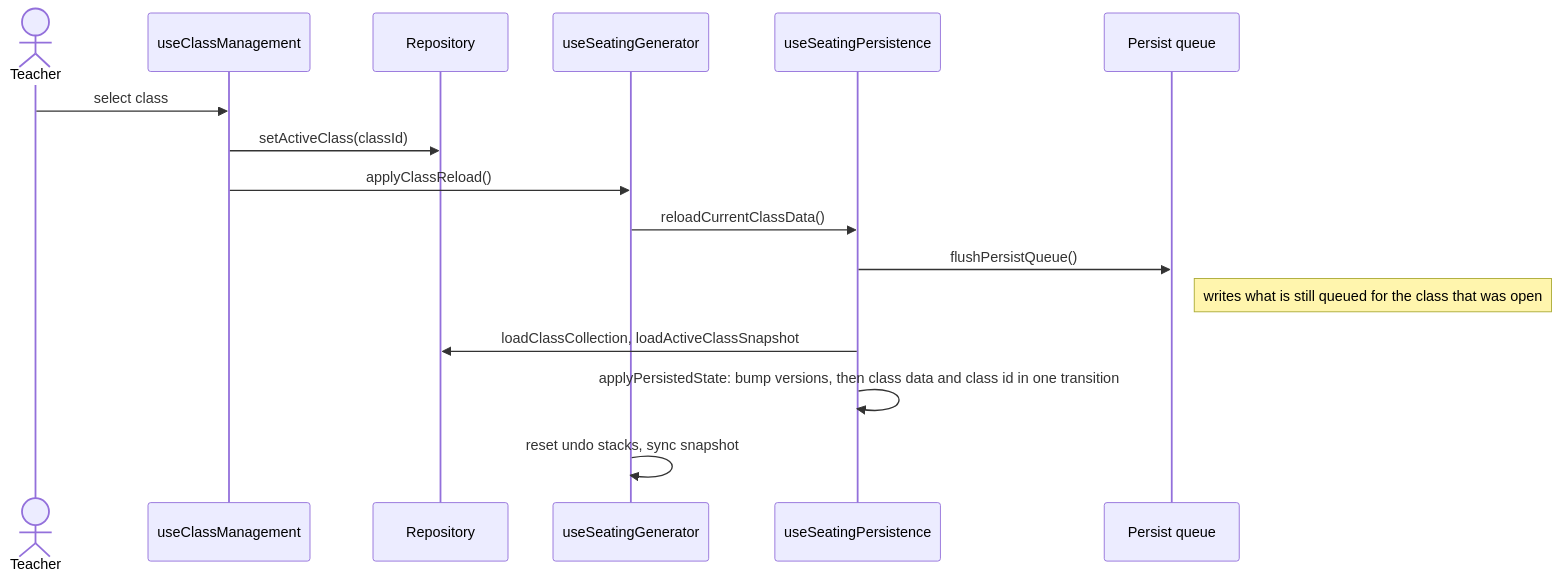
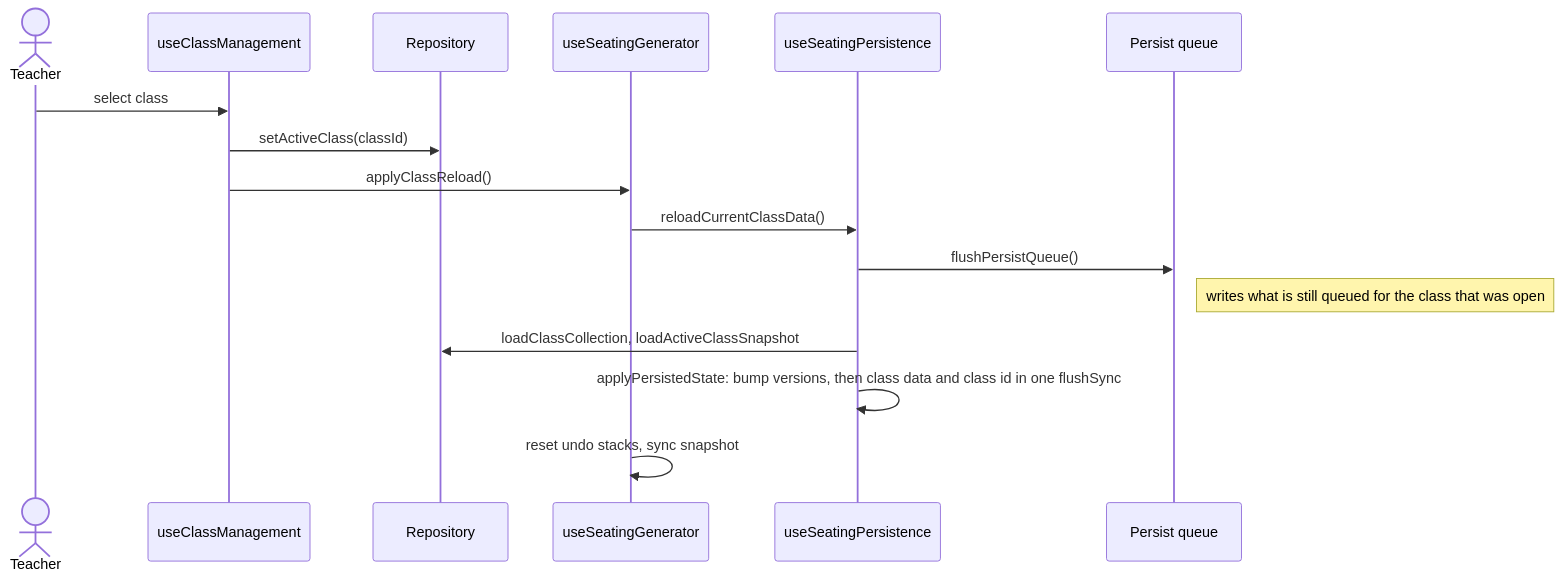
The third of 3 diagrams in docs/ARCHITECTURE.md (SirEckehard/Klassenplan), drawn with Mermaid before and after one commit. The commit also changed other lines of this file and 53 other files, not shown here.

````diff
--- a/docs/ARCHITECTURE.md
+++ b/docs/ARCHITECTURE.md
@@ -223,19 +234,19 @@
 ```mermaid
 sequenceDiagram
   actor teacher as Teacher
   participant classes as useClassManagement
   participant repo as Repository
   participant gen as useSeatingGenerator
   participant pers as useSeatingPersistence
   participant queue as Persist queue
 
   teacher->>classes: select class
   classes->>repo: setActiveClass(classId)
   classes->>gen: applyClassReload()
   gen->>pers: reloadCurrentClassData()
   pers->>queue: flushPersistQueue()
   Note right of queue: writes what is still queued for the class that was open
   pers->>repo: loadClassCollection, loadActiveClassSnapshot
-  pers->>pers: applyPersistedState: bump versions, then class data and class id in one transition
+  pers->>pers: applyPersistedState: bump versions, then class data and class id in one flushSync
   gen->>gen: reset undo stacks, sync snapshot
 ```
````
